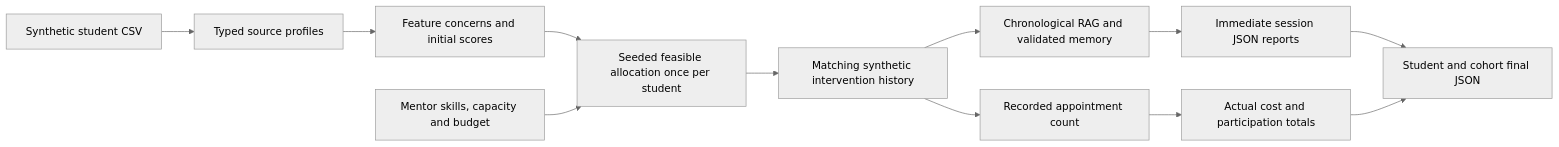
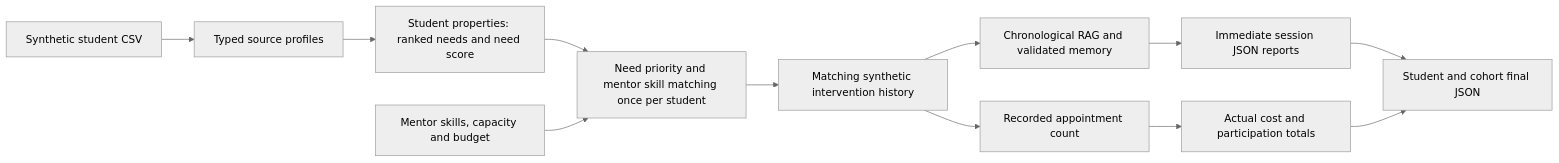
The second of 3 diagrams in README.md (Shuniy/Prevent-Dropout-with-Limited-Tutor-Interventions), drawn with Mermaid (neutral theme) before and after one commit. The commit also changed other lines of this file and 20 other files, not shown here.

````diff
--- a/README.md
+++ b/README.md
@@ -331,14 +345,14 @@
 ```mermaid
 flowchart LR
     A[Synthetic student CSV] --> B[Typed source profiles]
-    B --> C[Feature concerns and initial scores]
-    C --> D[Seeded feasible allocation once per student]
+    B --> C[Student properties: ranked needs and need score]
+    C --> D[Need priority and mentor skill matching once per student]
     M[Mentor skills, capacity and budget] --> D
     D --> E[Matching synthetic intervention history]
     E --> F[Chronological RAG and validated memory]
     F --> G[Immediate session JSON reports]
     G --> H[Student and cohort final JSON]
     E --> I[Recorded appointment count]
     I --> J[Actual cost and participation totals]
     J --> H
 ```
````
